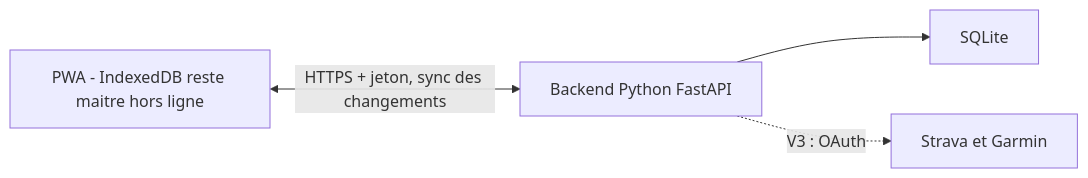
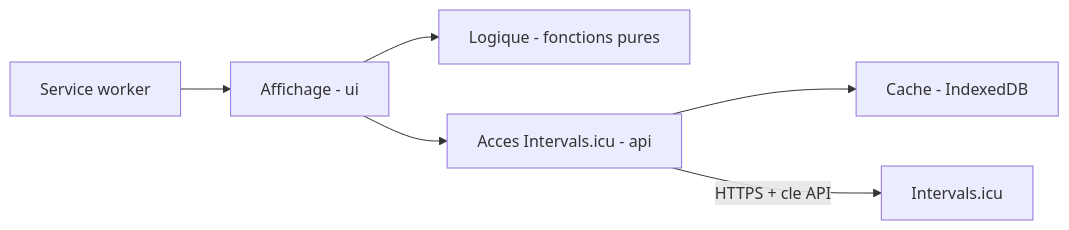
The second of 3 diagrams in CLAUDE.md (quentinmonnier04/appli-triathlon), drawn with Mermaid before and after one commit. The commit also changed other lines of this file, not shown here.

````diff
--- a/CLAUDE.md
+++ b/CLAUDE.md
@@ -570,11 +273,8 @@
 ```mermaid
 flowchart LR
-    PWA["PWA - IndexedDB reste maitre hors ligne"]
-    API["Backend Python FastAPI"]
-    BDD["SQLite"]
-    STR["Strava et Garmin"]
-
-    PWA <-->|"HTTPS + jeton, sync des changements"| API
-    API --> BDD
-    API -.->|"V3 : OAuth"| STR
+    UI["Affichage - ui"] --> LOG["Logique - fonctions pures"]
+    UI --> API["Acces Intervals.icu - api"]
+    API --> CACHE["Cache - IndexedDB"]
+    API -->|"HTTPS + cle API"| ICU["Intervals.icu"]
+    SW["Service worker"] --> UI
 ```
````
